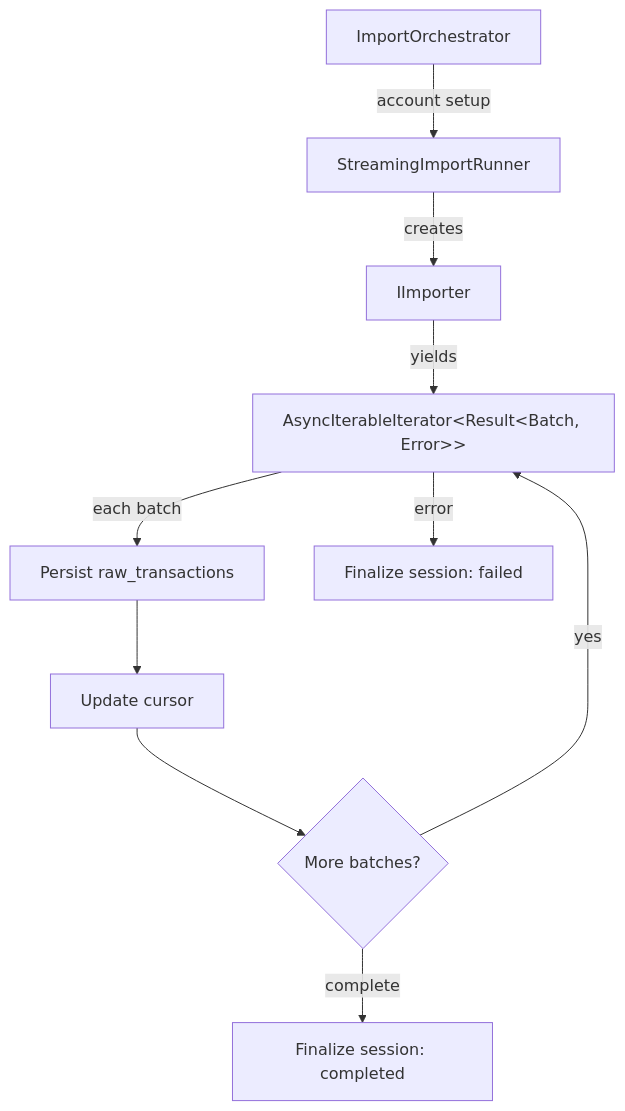
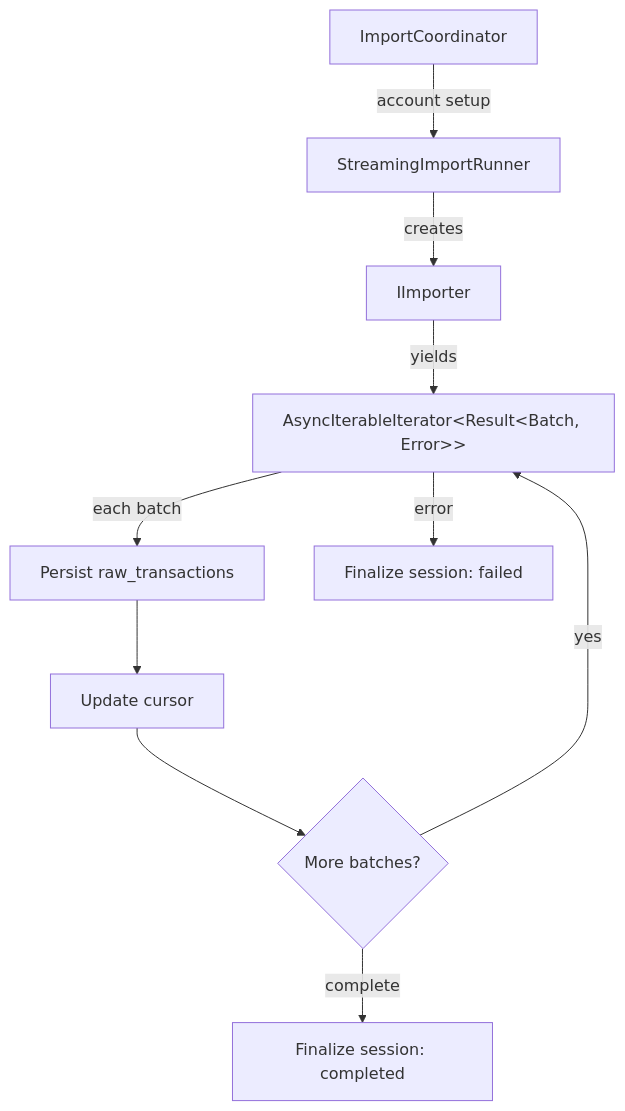
Before and after one commit to jbelanger/exitbook: the diagram in docs/architecture/import-pipeline.md, drawn with Mermaid. The commit also changed other lines of this file and 31 other files, not shown here.

First line of the commit message:
refactor: rename ImportOrchestrator to ImportCoordinator and update related references

````diff
--- a/docs/architecture/import-pipeline.md
+++ b/docs/architecture/import-pipeline.md
@@ -17,12 +17,12 @@
 ```mermaid
 graph TD
-    A[ImportOrchestrator] -->|account setup| B[StreamingImportRunner]
+    A[ImportCoordinator] -->|account setup| B[StreamingImportRunner]
     B -->|creates| C[IImporter]
     C -->|yields| D["AsyncIterableIterator&lt;Result&lt;Batch, Error&gt;&gt;"]
     D -->|each batch| E[Persist raw_transactions]
     E --> F[Update cursor]
     F --> G{More batches?}
     G -->|yes| D
     G -->|complete| H[Finalize session: completed]
     D -->|error| I[Finalize session: failed]
 ```
````
